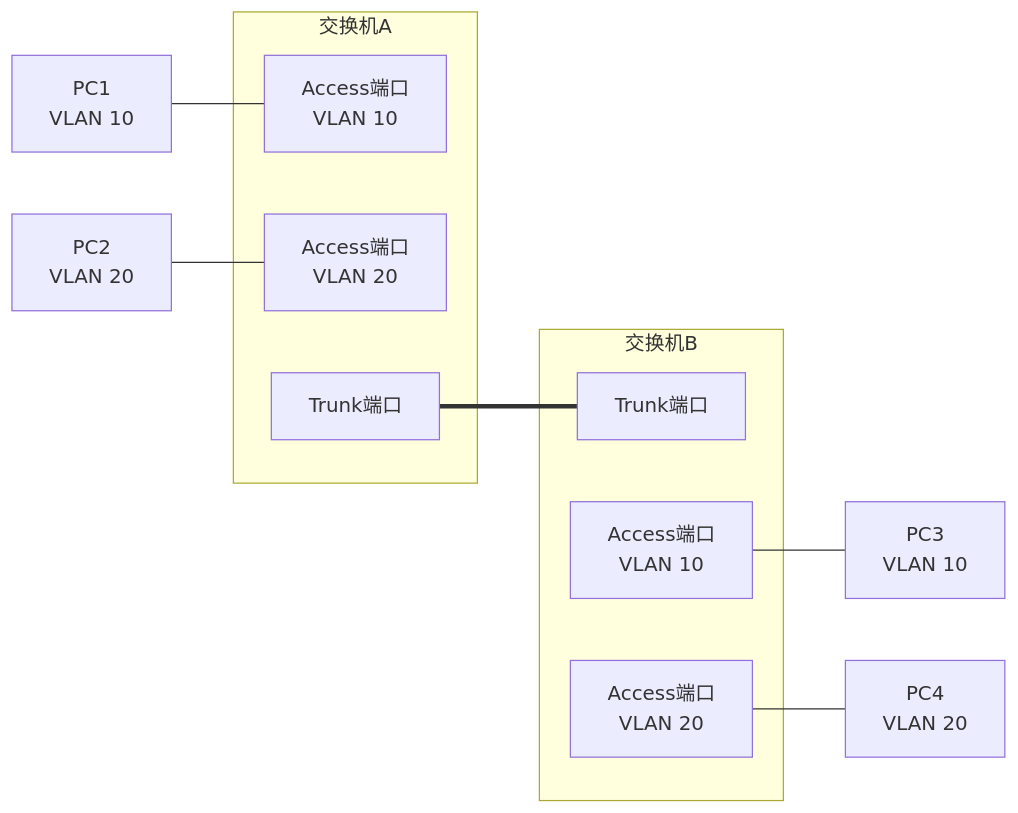
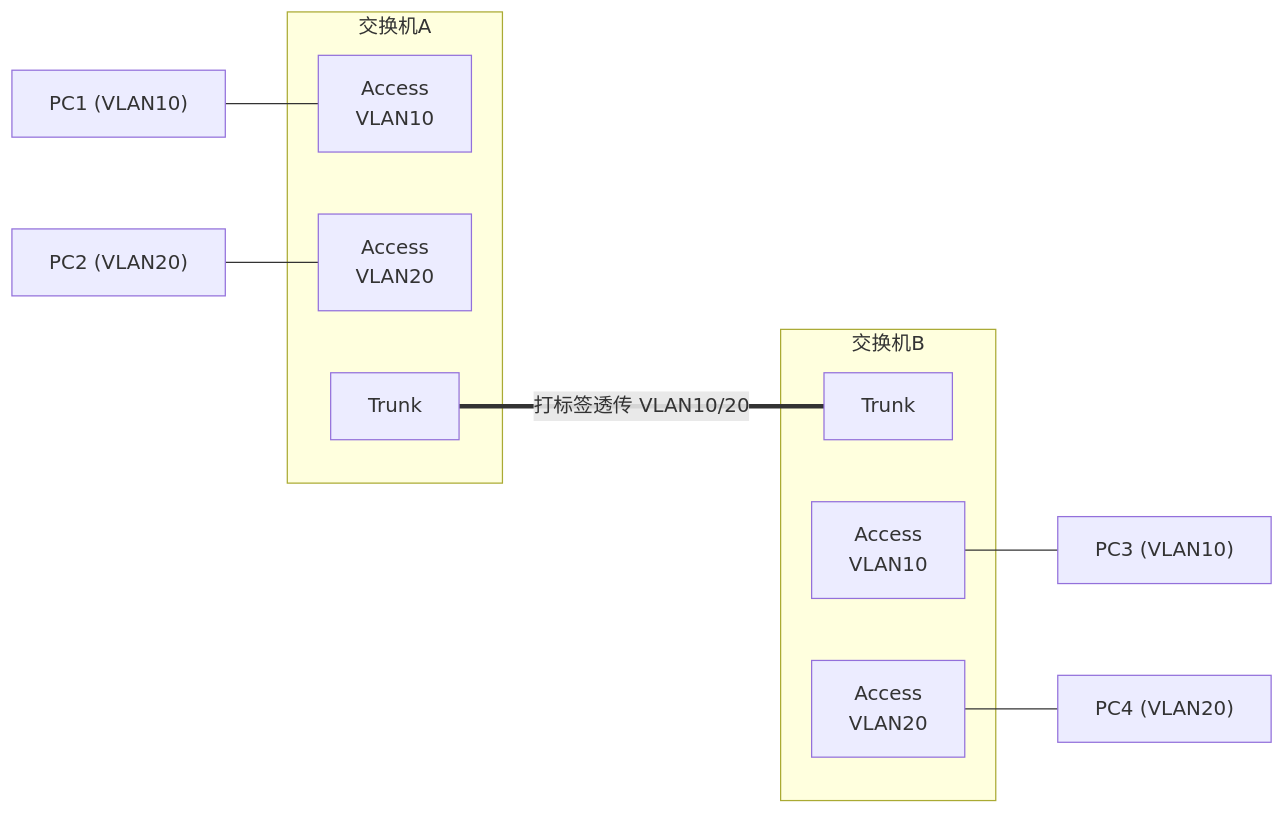
The seventh of 8 diagrams in 计算机网络/6.4链路层：交换局域网.md (Dtheme/CS-base), drawn with Mermaid before and after one commit. The commit also changed other lines of this file and 51 other files, not shown here.

````diff
--- a/计算机网络/6.4链路层：交换局域网.md
+++ b/计算机网络/6.4链路层：交换局域网.md
@@ -719,20 +574,18 @@
 ```mermaid
 graph LR
-    subgraph "交换机A"
-        Access_A1["Access端口<br/>VLAN 10"]
-        Access_A2["Access端口<br/>VLAN 20"]
-        Trunk_A["Trunk端口"]
+    PC1["PC1 (VLAN10)"] --- A1
+    PC2["PC2 (VLAN20)"] --- A2
+    subgraph SWA["交换机A"]
+        A1["Access<br/>VLAN10"]
+        A2["Access<br/>VLAN20"]
+        TA["Trunk"]
     end
-    
-    subgraph "交换机B"
-        Trunk_B["Trunk端口"]
-        Access_B1["Access端口<br/>VLAN 10"]
-        Access_B2["Access端口<br/>VLAN 20"]
+    subgraph SWB["交换机B"]
+        TB["Trunk"]
+        B1["Access<br/>VLAN10"]
+        B2["Access<br/>VLAN20"]
     end
-    
-    PC1["PC1<br/>VLAN 10"] --- Access_A1
-    PC2["PC2<br/>VLAN 20"] --- Access_A2
-    Trunk_A === Trunk_B
-    Access_B1 --- PC3["PC3<br/>VLAN 10"]
-    Access_B2 --- PC4["PC4<br/>VLAN 20"]
+    TA ===|"打标签透传 VLAN10/20"| TB
+    B1 --- PC3["PC3 (VLAN10)"]
+    B2 --- PC4["PC4 (VLAN20)"]
 ```
````
